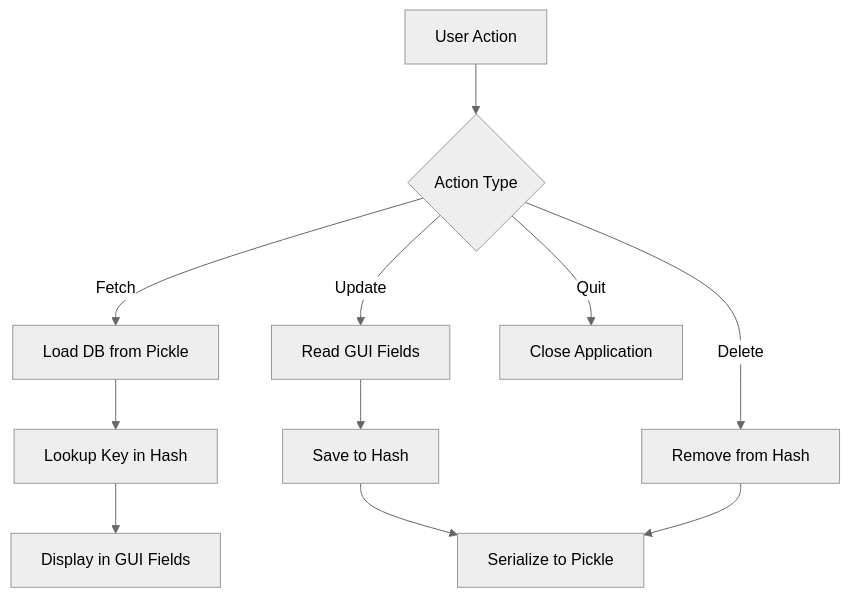
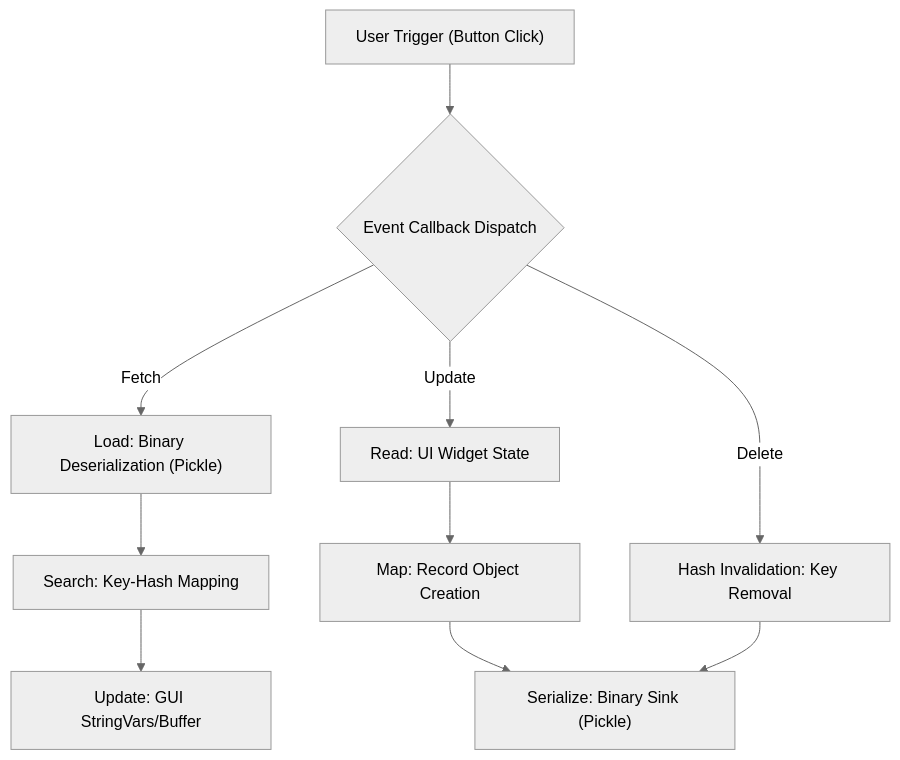
Before and after one commit to Amey-Thakur/PYTHON-SHORTS: the first of 2 diagrams in Source Code/To-Do App/README.md, drawn with Mermaid (neutral theme). The commit also changed other lines of this file and 1 other file, not shown here.

````diff
--- a/Source Code/To-Do App/README.md
+++ b/Source Code/To-Do App/README.md
@@ -64,13 +67,14 @@
 ```mermaid
-graph TD
-    A[User Action] --> B{Action Type}
-    B -->|Fetch| C[Load DB from Pickle]
-    C --> D[Lookup Key in Hash]
-    D --> E[Display in GUI Fields]
-    B -->|Update| F[Read GUI Fields]
-    F --> G[Save to Hash]
-    G --> H[Serialize to Pickle]
-    B -->|Delete| I[Remove from Hash]
+flowchart TD
+    A["User Trigger (Button Click)"] --> B{"Event Callback Dispatch"}
+    B -- "Fetch" --> C["Load: Binary Deserialization (Pickle)"]
+    C --> D["Search: Key-Hash Mapping"]
+    D --> E["Update: GUI StringVars/Buffer"]
+    
+    B -- "Update" --> F["Read: UI Widget State"]
+    F --> G["Map: Record Object Creation"]
+    G --> H["Serialize: Binary Sink (Pickle)"]
+    
+    B -- "Delete" --> I["Hash Invalidation: Key Removal"]
     I --> H
-    B -->|Quit| J[Close Application]
 ```
````
